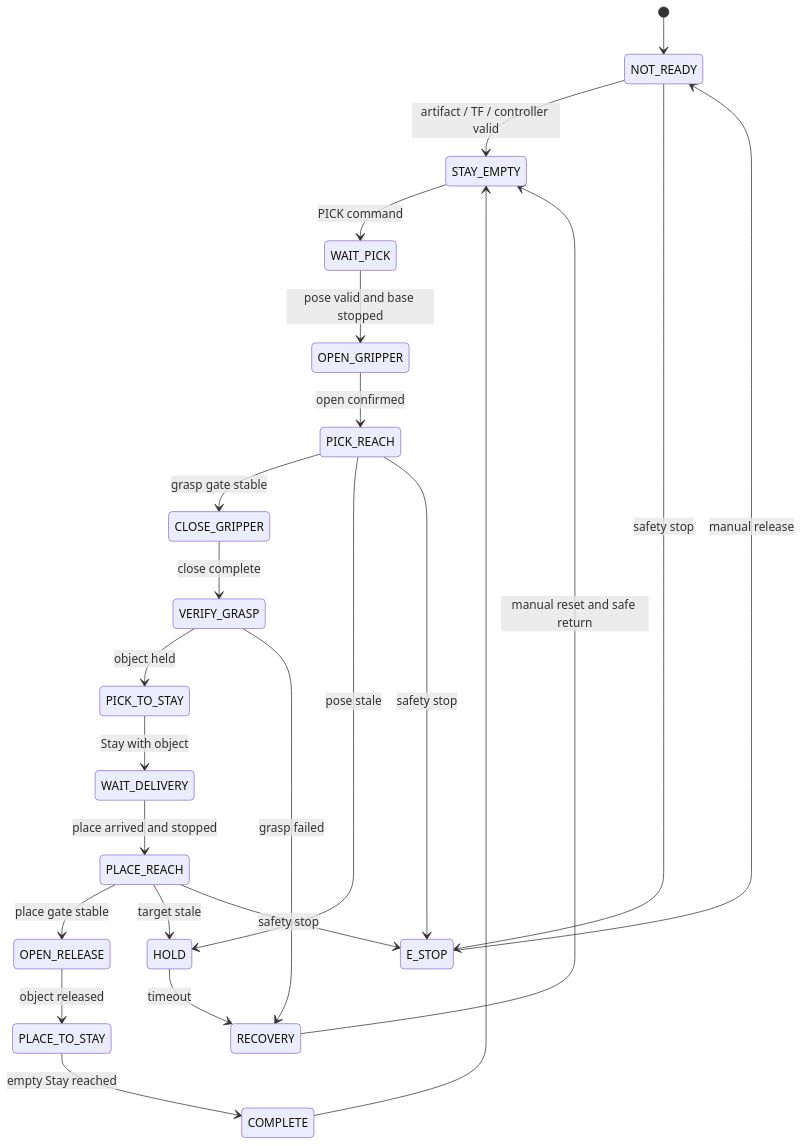
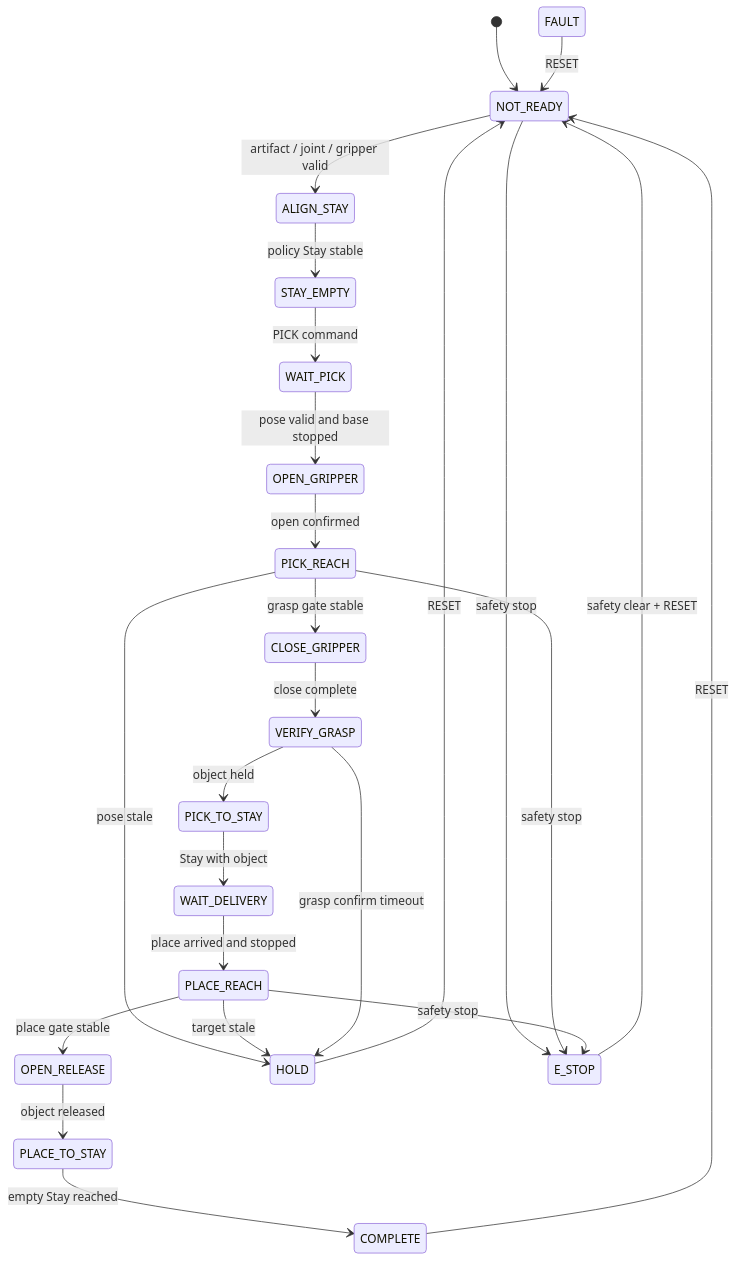
The diagram in docs/OMX RL 제어 계획서.md (KweonTJ/Omx_Turtle_Bot), drawn with Mermaid before and after one commit. The commit also changed other lines of this file and 33 other files, not shown here.

````diff
--- a/docs/OMX RL 제어 계획서.md
+++ b/docs/OMX RL 제어 계획서.md
@@ -151,27 +155,28 @@
 ```mermaid
 stateDiagram-v2
     [*] --> NOT_READY
-    NOT_READY --> STAY_EMPTY: artifact / TF / controller valid
+    NOT_READY --> ALIGN_STAY: artifact / joint / gripper valid
+    ALIGN_STAY --> STAY_EMPTY: policy Stay stable
     STAY_EMPTY --> WAIT_PICK: PICK command
     WAIT_PICK --> OPEN_GRIPPER: pose valid and base stopped
     OPEN_GRIPPER --> PICK_REACH: open confirmed
     PICK_REACH --> CLOSE_GRIPPER: grasp gate stable
     CLOSE_GRIPPER --> VERIFY_GRASP: close complete
     VERIFY_GRASP --> PICK_TO_STAY: object held
     PICK_TO_STAY --> WAIT_DELIVERY: Stay with object
     WAIT_DELIVERY --> PLACE_REACH: place arrived and stopped
     PLACE_REACH --> OPEN_RELEASE: place gate stable
     OPEN_RELEASE --> PLACE_TO_STAY: object released
     PLACE_TO_STAY --> COMPLETE: empty Stay reached
-    COMPLETE --> STAY_EMPTY
+    COMPLETE --> NOT_READY: RESET
 
     PICK_REACH --> HOLD: pose stale
     PLACE_REACH --> HOLD: target stale
-    VERIFY_GRASP --> RECOVERY: grasp failed
-    HOLD --> RECOVERY: timeout
-    RECOVERY --> STAY_EMPTY: manual reset and safe return
+    VERIFY_GRASP --> HOLD: grasp confirm timeout
+    HOLD --> NOT_READY: RESET
+    FAULT --> NOT_READY: RESET
     NOT_READY --> E_STOP: safety stop
     PICK_REACH --> E_STOP: safety stop
     PLACE_REACH --> E_STOP: safety stop
-    E_STOP --> NOT_READY: manual release
+    E_STOP --> NOT_READY: safety clear + RESET
 ```
````
